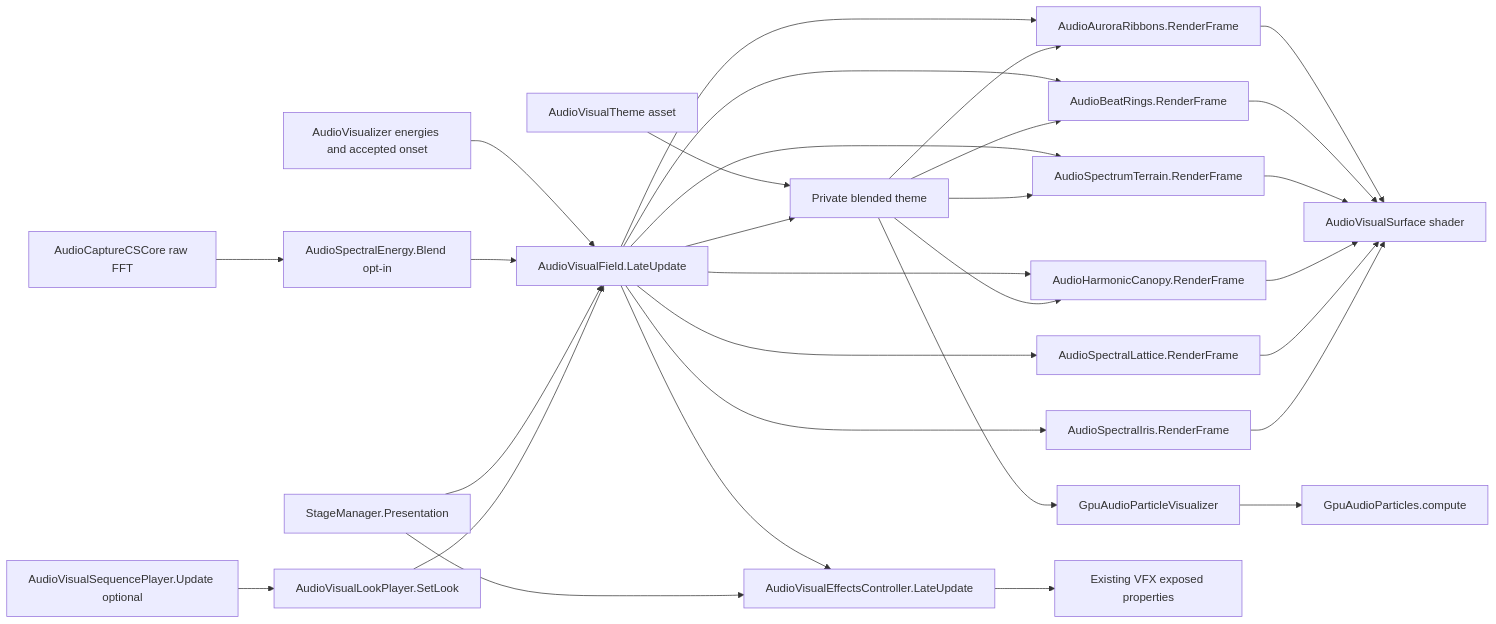
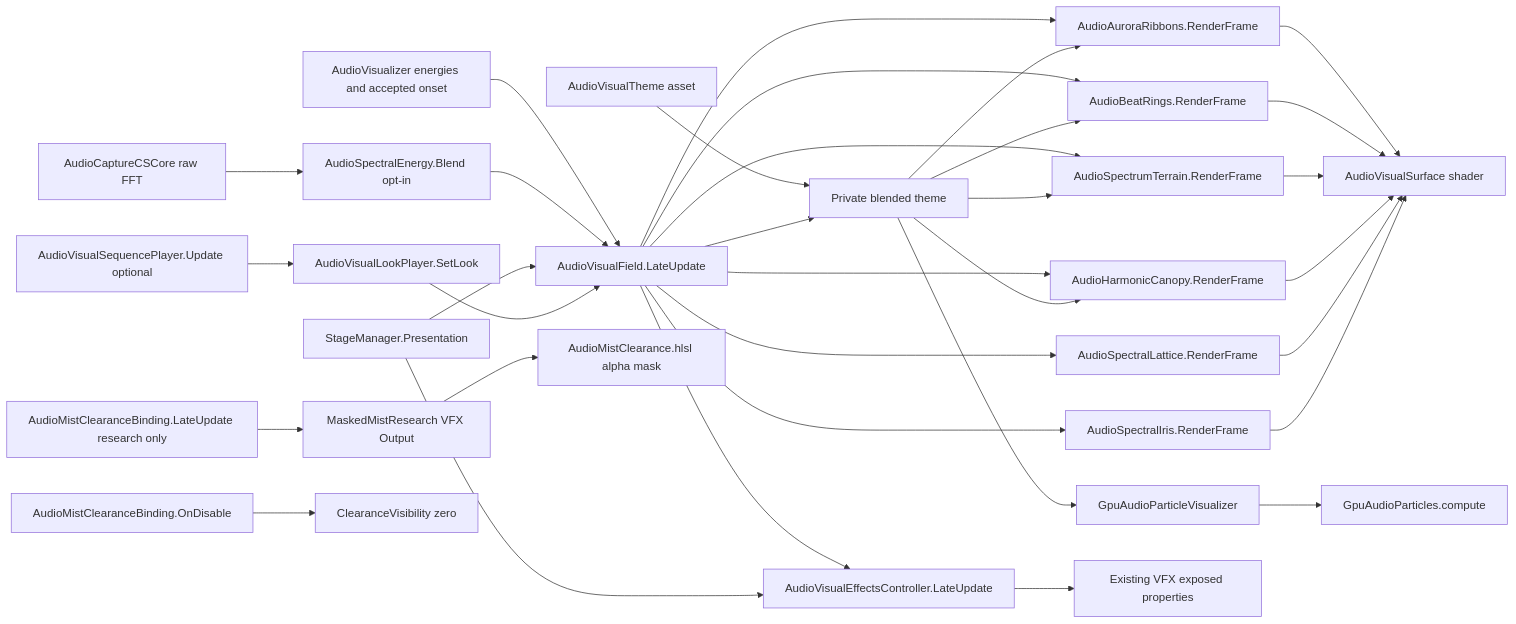
One commit to kukudia/MR-VD changed the diagram in docs/visual-research.md. Above: the diagram before and after it, drawn with Mermaid. The commit also changed other lines of this file and 12 other files, not shown here.

First line of the commit message:
feat: add isolated VFX mist reading clearance research

````diff
--- a/docs/visual-research.md
+++ b/docs/visual-research.md
@@ -47,32 +47,35 @@
 ```mermaid
 flowchart LR
     A[AudioVisualizer energies and accepted onset] --> F[AudioVisualField.LateUpdate]
     FFT[AudioCaptureCSCore raw FFT] --> E[AudioSpectralEnergy.Blend opt-in]
     E --> F
     S[StageManager.Presentation] --> F
     T[AudioVisualTheme asset] --> B[Private blended theme]
     SQ[AudioVisualSequencePlayer.Update optional] --> LP[AudioVisualLookPlayer.SetLook]
     LP --> F
     F --> B
     F --> R[AudioAuroraRibbons.RenderFrame]
     F --> P[AudioBeatRings.RenderFrame]
     F --> H[AudioSpectrumTerrain.RenderFrame]
     F --> K[AudioHarmonicCanopy.RenderFrame]
     F --> L[AudioSpectralLattice.RenderFrame]
     F --> I[AudioSpectralIris.RenderFrame]
     B --> R
     B --> P
     B --> H
     B --> K
     B --> G[GpuAudioParticleVisualizer]
     F --> V[AudioVisualEffectsController.LateUpdate]
     S --> V
     V --> Q[Existing VFX exposed properties]
     G --> C[GpuAudioParticles.compute]
     R --> M[AudioVisualSurface shader]
     P --> M
     H --> M
     K --> M
     L --> M
     I --> M
+    MB[AudioMistClearanceBinding.LateUpdate research only] --> MG[MaskedMistResearch VFX Output]
+    MD[AudioMistClearanceBinding.OnDisable] --> Z[ClearanceVisibility zero]
+    MG --> MH[AudioMistClearance.hlsl alpha mask]
 ```
````
